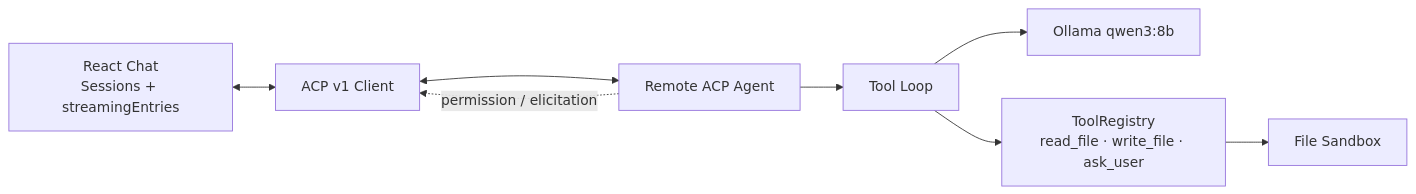
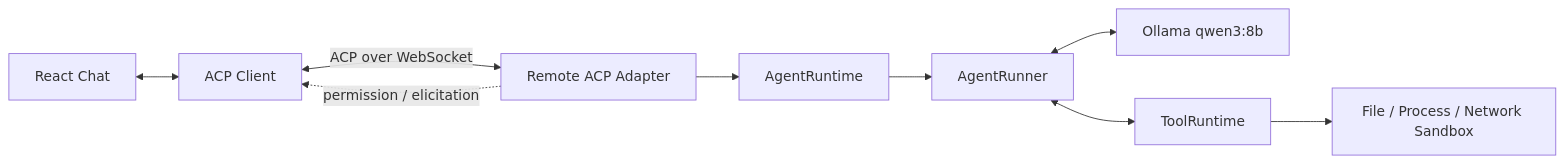
The diagram in README.md (bambibren/Models-Kindergarten), drawn with Mermaid before and after one commit. The commit also changed other lines of this file and 48 other files, not shown here.

````diff
--- a/README.md
+++ b/README.md
@@ -7,14 +7,17 @@
 ```mermaid
 flowchart LR
-    UI["React Chat<br/>Sessions + streamingEntries"]
-    ACP["ACP v1 Client"]
-    Agent["Remote ACP Agent"]
-    Loop["Tool Loop"]
-    Model["Ollama qwen3:8b"]
-    Tools["ToolRegistry<br/>read_file · write_file · ask_user"]
-    Sandbox["File Sandbox"]
+    UI[React Chat]
+    ACP[ACP Client]
+    Adapter[Remote ACP Adapter]
+    Runtime[AgentRuntime]
+    Runner[AgentRunner]
+    Model[Ollama qwen3:8b]
+    Tools[ToolRuntime]
+    Sandbox[File / Process / Network Sandbox]
 
-    UI <--> ACP <--> Agent --> Loop --> Model
-    Loop --> Tools --> Sandbox
-    Agent -. "permission / elicitation" .-> ACP
+    UI <--> ACP <-->|ACP over WebSocket| Adapter
+    Adapter --> Runtime --> Runner
+    Runner <--> Model
+    Runner <--> Tools --> Sandbox
+    Adapter -. permission / elicitation .-> ACP
 ```
````
